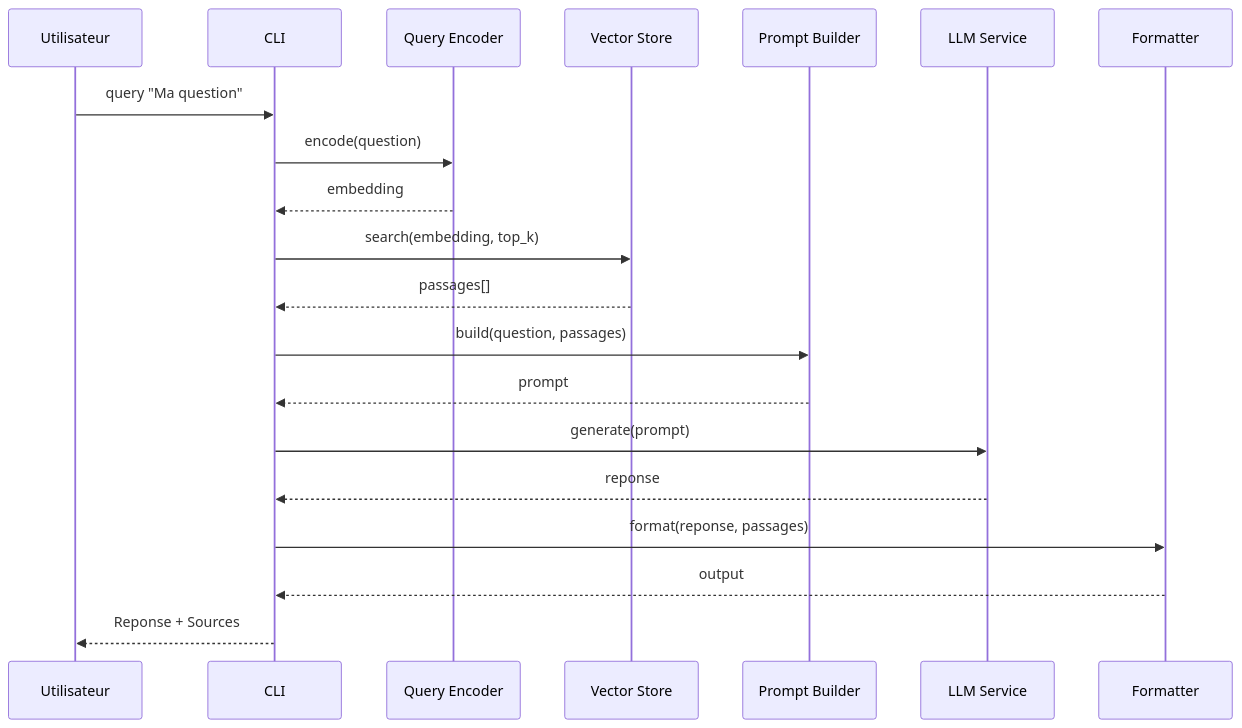
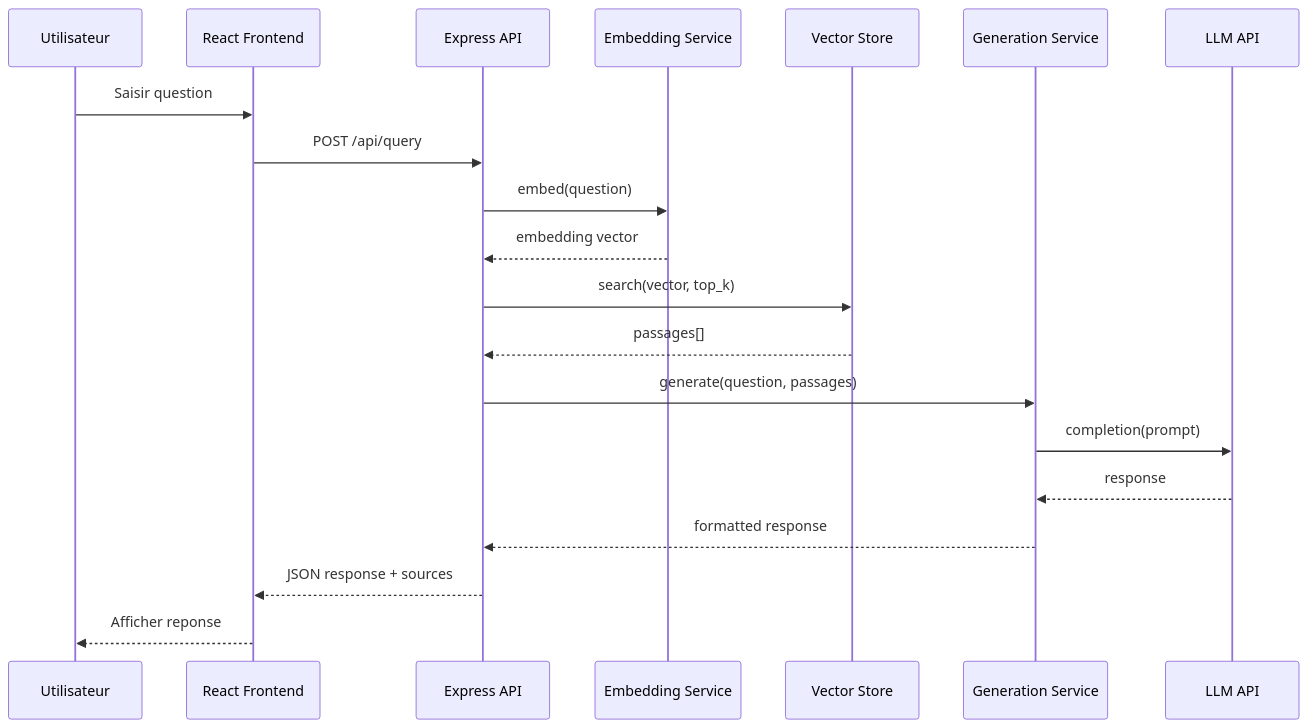
Before and after one commit to jlg-formation/gia-janv-2026: the second of 2 diagrams in docs/04-decisions-architectures.md, drawn with Mermaid. The commit also changed other lines of this file and 10 other files, not shown here.

````diff
--- a/docs/04-decisions-architectures.md
+++ b/docs/04-decisions-architectures.md
@@ -343,23 +351,23 @@
 ```mermaid
 sequenceDiagram
     participant U as Utilisateur
-    participant CLI as CLI
-    participant QE as Query Encoder
+    participant FE as React Frontend
+    participant API as Express API
+    participant EMB as Embedding Service
     participant VS as Vector Store
-    participant PB as Prompt Builder
-    participant LLM as LLM Service
-    participant FMT as Formatter
+    participant GEN as Generation Service
+    participant LLM as LLM API
 
-    U->>CLI: query "Ma question"
-    CLI->>QE: encode(question)
-    QE-->>CLI: embedding
-    CLI->>VS: search(embedding, top_k)
-    VS-->>CLI: passages[]
-    CLI->>PB: build(question, passages)
-    PB-->>CLI: prompt
-    CLI->>LLM: generate(prompt)
-    LLM-->>CLI: reponse
-    CLI->>FMT: format(reponse, passages)
-    FMT-->>CLI: output
-    CLI-->>U: Reponse + Sources
+    U->>FE: Saisir question
+    FE->>API: POST /api/query
+    API->>EMB: embed(question)
+    EMB-->>API: embedding vector
+    API->>VS: search(vector, top_k)
+    VS-->>API: passages[]
+    API->>GEN: generate(question, passages)
+    GEN->>LLM: completion(prompt)
+    LLM-->>GEN: response
+    GEN-->>API: formatted response
+    API-->>FE: JSON response + sources
+    FE-->>U: Afficher reponse
 ```
````
